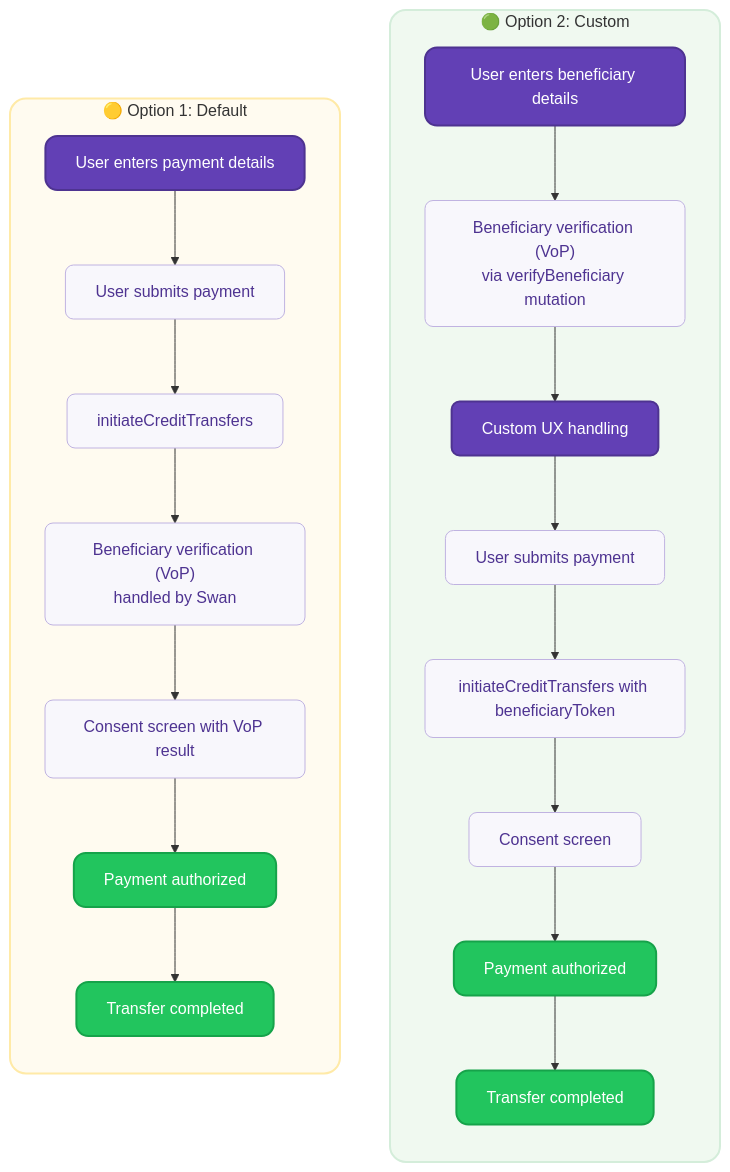
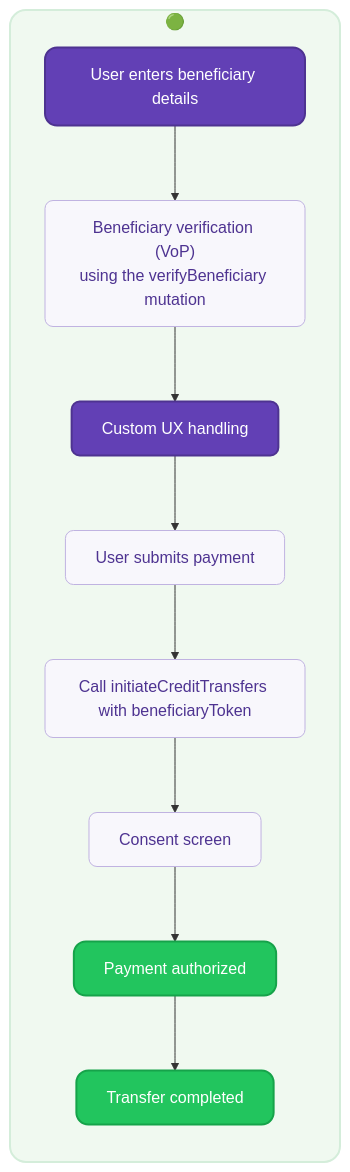
One commit to swan-io/docs changed the third of 4 diagrams in docs/topics/payments/credit-transfers/sepa/verification-of-payee.mdx. Above: the diagram before and after it, drawn with Mermaid. The commit also changed other lines of this file, not shown here.

Commit message:
Restructuring

````diff
--- a/docs/topics/payments/credit-transfers/sepa/verification-of-payee.mdx
+++ b/docs/topics/payments/credit-transfers/sepa/verification-of-payee.mdx
@@ -215,49 +249,28 @@
 ```mermaid
 flowchart TD
-    subgraph Option2 ["🟢 Option 2: Custom"]
+    subgraph Option2 ["🟢"]
         direction TB
-        A2["User enters beneficiary details"] --> B2["Beneficiary verification (VoP)<br/>via verifyBeneficiary mutation"]
+        A2["User enters beneficiary details"] --> B2["Beneficiary verification (VoP)<br/>using the verifyBeneficiary mutation"]
         B2 --> C2["Custom UX handling"]
         C2 --> D2["User submits payment"]
-        D2 --> E2["initiateCreditTransfers with beneficiaryToken"]
+        D2 --> E2["Call initiateCreditTransfers with beneficiaryToken"]
         E2 --> F2["Consent screen"]
         F2 --> G2["Payment authorized"]
         G2 --> H2["Transfer completed"]
-    end
-
-    subgraph Option1 ["🟡 Option 1: Default"]
-        direction TB
-        A1["User enters payment details"] --> B1["User submits payment"]
-        B1 --> C1["initiateCreditTransfers"]
-        C1 --> D1["Beneficiary verification (VoP)<br/>handled by Swan"]
-        D1 --> E1["Consent screen with VoP result"]
-        E1 --> F1["Payment authorized"]
-        F1 --> G1["Transfer completed"]
     end
     
     classDef default fill:#ffffff,stroke:#6240b5,stroke-width:1px,color:#271a48,rx:8,ry:8
     classDef input fill:#6240b5,stroke:#4e3391,stroke-width:2px,color:#ffffff,rx:12,ry:12
     classDef process fill:#f8f7fc,stroke:#c0b3e1,stroke-width:1px,color:#4e3391,rx:8,ry:8
     classDef success fill:#22c55e,stroke:#16a34a,stroke-width:2px,color:#ffffff,rx:12,ry:12
     classDef transfer fill:#22c55e,stroke:#16a34a,stroke-width:2px,color:#ffffff,rx:12,ry:12
     classDef custom fill:#6240b5,stroke:#4e3391,stroke-width:2px,color:#ffffff,rx:8,ry:8
-    classDef invisible fill:transparent,stroke:transparent,color:transparent
-    classDef subgraph1 fill:#fffbf0,stroke:#ffeaa7,stroke-width:2px,rx:16,ry:16
     classDef subgraph2 fill:#f0f9f0,stroke:#d4edda,stroke-width:2px,rx:16,ry:16
     
-    %% Option 1 styling
-    class A1 input
-    class B1,C1,D1,E1 process
-    class F1 success
-    class G1 transfer
-    
-    %% Option 2 styling
     class A2 input
     class B2,D2,E2,F2 process
     class C2 custom
     class G2 success
     class H2 transfer
-    
-    class Option1 subgraph1
     class Option2 subgraph2
 ```
````
